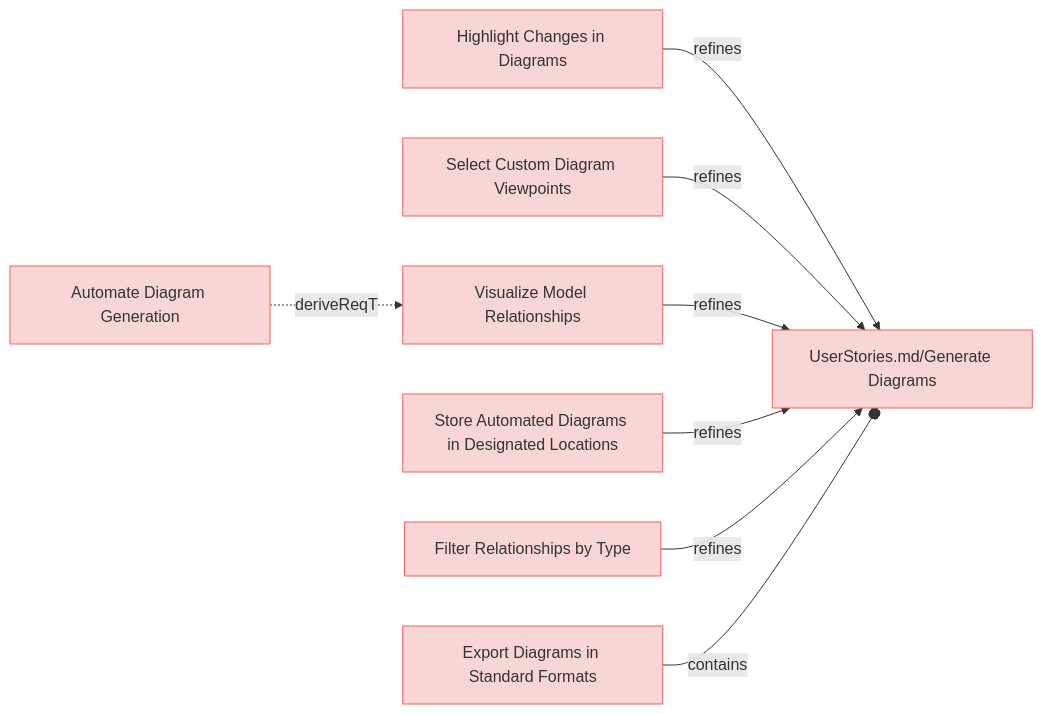
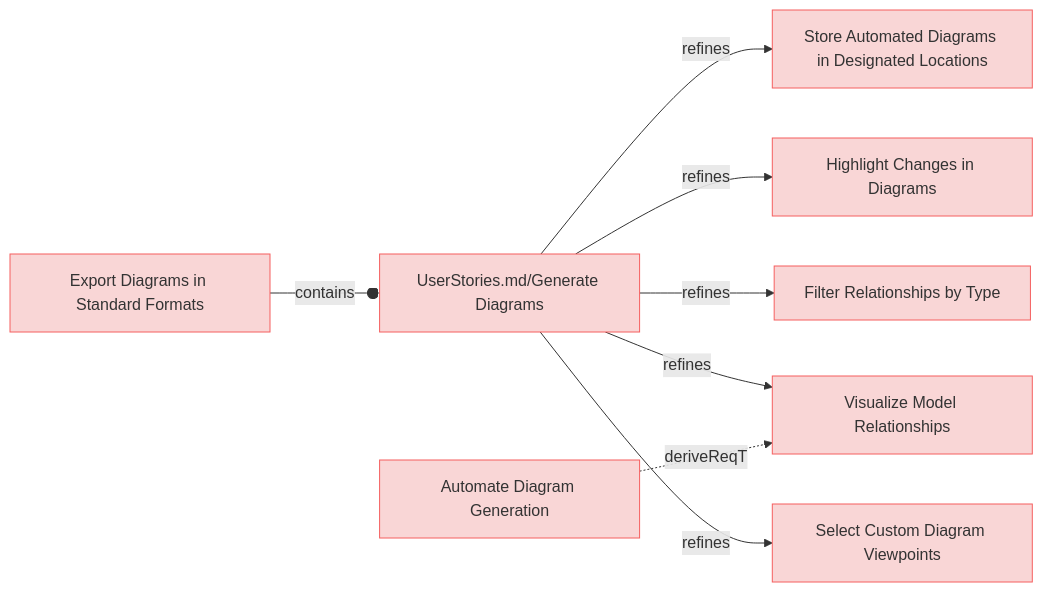
Before and after one commit to reqvire-org/reqvire: the first of 9 diagrams in specifications/UserRequirements.md, drawn with Mermaid. The commit also changed other lines of this file and 20 other files, not shown here.

````diff
--- a/specifications/UserRequirements.md
+++ b/specifications/UserRequirements.md
@@ -4,40 +4,40 @@
 ```mermaid
 graph LR;
   %% Graph styling
   classDef requirement fill:#f9d6d6,stroke:#f55f5f,stroke-width:1px;
   classDef verification fill:#d6f9d6,stroke:#5fd75f,stroke-width:1px;
   classDef externalLink fill:#d0e0ff,stroke:#3080ff,stroke-width:1px;
   classDef default fill:#f5f5f5,stroke:#333333,stroke-width:1px;
 
-  ac914f743d73674e["Highlight Changes in Diagrams"];
-  click ac914f743d73674e "https://github.com/Reqvire/reqvire/blob/30536324899084e88969175e3613c971ffa6e108/specifications/UserRequirements.md#highlight-changes-in-diagrams";
-  class ac914f743d73674e requirement;
+  89097c1311055b72["Store Automated Diagrams in Designated Locations"];
+  click 89097c1311055b72 "https://github.com/Reqvire/reqvire/blob/667635d4628fed400323f7df3689af2dbc2ad666/specifications/UserRequirements.md#store-automated-diagrams-in-designated-locations";
+  class 89097c1311055b72 requirement;
   694c4bb24b10f0c7["UserStories.md/Generate Diagrams"];
   class 694c4bb24b10f0c7 requirement;
-  click 694c4bb24b10f0c7 "https://github.com/Reqvire/reqvire/blob/30536324899084e88969175e3613c971ffa6e108/specifications/UserStories.md#generate-diagrams";
-  ac914f743d73674e -->|refines| 694c4bb24b10f0c7;
-  aa6a73dcebdfbc0d["Select Custom Diagram Viewpoints"];
-  click aa6a73dcebdfbc0d "https://github.com/Reqvire/reqvire/blob/30536324899084e88969175e3613c971ffa6e108/specifications/UserRequirements.md#select-custom-diagram-viewpoints";
-  class aa6a73dcebdfbc0d requirement;
-  aa6a73dcebdfbc0d -->|refines| 694c4bb24b10f0c7;
+  click 694c4bb24b10f0c7 "https://github.com/Reqvire/reqvire/blob/667635d4628fed400323f7df3689af2dbc2ad666/specifications/UserStories.md#generate-diagrams";
+  694c4bb24b10f0c7 -->|refines| 89097c1311055b72;
+  a0274ca0625d8493["Export Diagrams in Standard Formats"];
+  click a0274ca0625d8493 "https://github.com/Reqvire/reqvire/blob/667635d4628fed400323f7df3689af2dbc2ad666/specifications/UserRequirements.md#export-diagrams-in-standard-formats";
+  class a0274ca0625d8493 requirement;
+  a0274ca0625d8493 --o|contains| 694c4bb24b10f0c7;
+  ac914f743d73674e["Highlight Changes in Diagrams"];
+  click ac914f743d73674e "https://github.com/Reqvire/reqvire/blob/667635d4628fed400323f7df3689af2dbc2ad666/specifications/UserRequirements.md#highlight-changes-in-diagrams";
+  class ac914f743d73674e requirement;
+  694c4bb24b10f0c7 -->|refines| ac914f743d73674e;
+  66e9d8186acafd13["Filter Relationships by Type"];
+  click 66e9d8186acafd13 "https://github.com/Reqvire/reqvire/blob/667635d4628fed400323f7df3689af2dbc2ad666/specifications/UserRequirements.md#filter-relationships-by-type";
+  class 66e9d8186acafd13 requirement;
+  694c4bb24b10f0c7 -->|refines| 66e9d8186acafd13;
   eed0b020b6ddeae1["Visualize Model Relationships"];
-  click eed0b020b6ddeae1 "https://github.com/Reqvire/reqvire/blob/30536324899084e88969175e3613c971ffa6e108/specifications/UserRequirements.md#visualize-model-relationships";
+  click eed0b020b6ddeae1 "https://github.com/Reqvire/reqvire/blob/667635d4628fed400323f7df3689af2dbc2ad666/specifications/UserRequirements.md#visualize-model-relationships";
   class eed0b020b6ddeae1 requirement;
-  eed0b020b6ddeae1 -->|refines| 694c4bb24b10f0c7;
-  89097c1311055b72["Store Automated Diagrams in Designated Locations"];
-  click 89097c1311055b72 "https://github.com/Reqvire/reqvire/blob/30536324899084e88969175e3613c971ffa6e108/specifications/UserRequirements.md#store-automated-diagrams-in-designated-locations";
-  class 89097c1311055b72 requirement;
-  89097c1311055b72 -->|refines| 694c4bb24b10f0c7;
+  694c4bb24b10f0c7 -->|refines| eed0b020b6ddeae1;
   c522cf4c404bdc24["Automate Diagram Generation"];
-  click c522cf4c404bdc24 "https://github.com/Reqvire/reqvire/blob/30536324899084e88969175e3613c971ffa6e108/specifications/UserRequirements.md#automate-diagram-generation";
+  click c522cf4c404bdc24 "https://github.com/Reqvire/reqvire/blob/667635d4628fed400323f7df3689af2dbc2ad666/specifications/UserRequirements.md#automate-diagram-generation";
   class c522cf4c404bdc24 requirement;
   c522cf4c404bdc24 -.->|deriveReqT| eed0b020b6ddeae1;
-  66e9d8186acafd13["Filter Relationships by Type"];
-  click 66e9d8186acafd13 "https://github.com/Reqvire/reqvire/blob/30536324899084e88969175e3613c971ffa6e108/specifications/UserRequirements.md#filter-relationships-by-type";
-  class 66e9d8186acafd13 requirement;
-  66e9d8186acafd13 -->|refines| 694c4bb24b10f0c7;
-  a0274ca0625d8493["Export Diagrams in Standard Formats"];
-  click a0274ca0625d8493 "https://github.com/Reqvire/reqvire/blob/30536324899084e88969175e3613c971ffa6e108/specifications/UserRequirements.md#export-diagrams-in-standard-formats";
-  class a0274ca0625d8493 requirement;
-  a0274ca0625d8493 --o|contains| 694c4bb24b10f0c7;
+  aa6a73dcebdfbc0d["Select Custom Diagram Viewpoints"];
+  click aa6a73dcebdfbc0d "https://github.com/Reqvire/reqvire/blob/667635d4628fed400323f7df3689af2dbc2ad666/specifications/UserRequirements.md#select-custom-diagram-viewpoints";
+  class aa6a73dcebdfbc0d requirement;
+  694c4bb24b10f0c7 -->|refines| aa6a73dcebdfbc0d;
 ```
````
